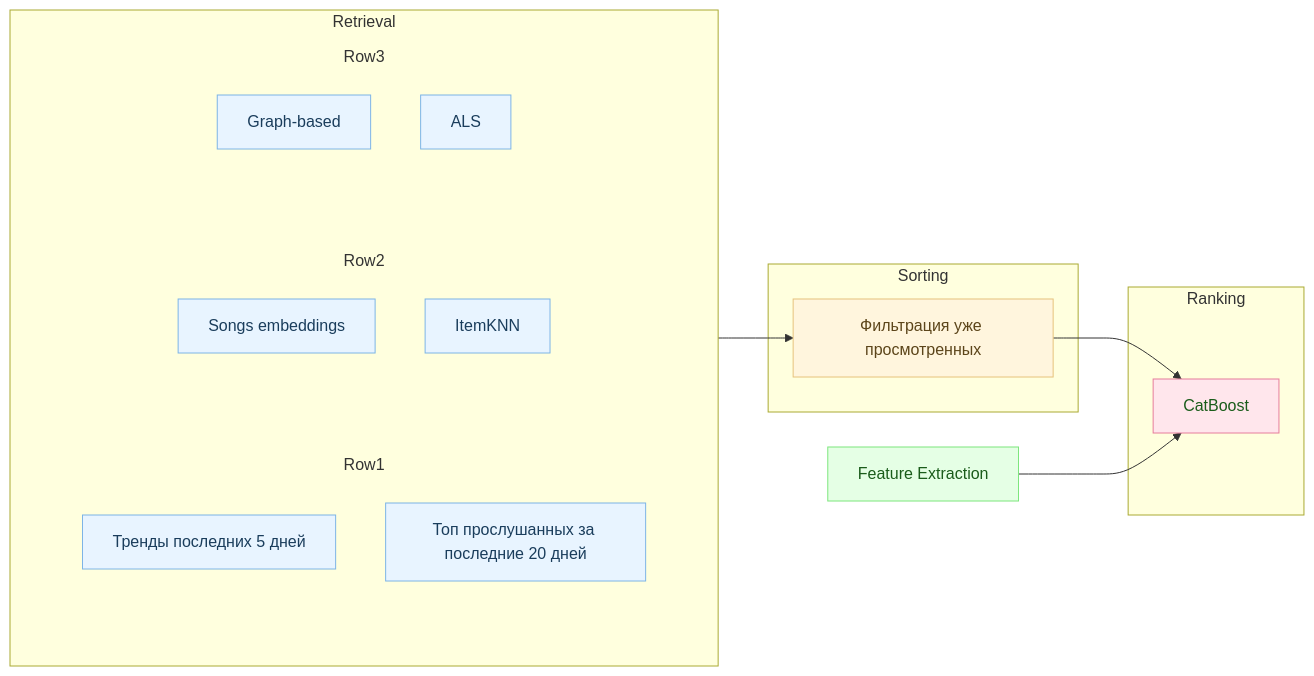
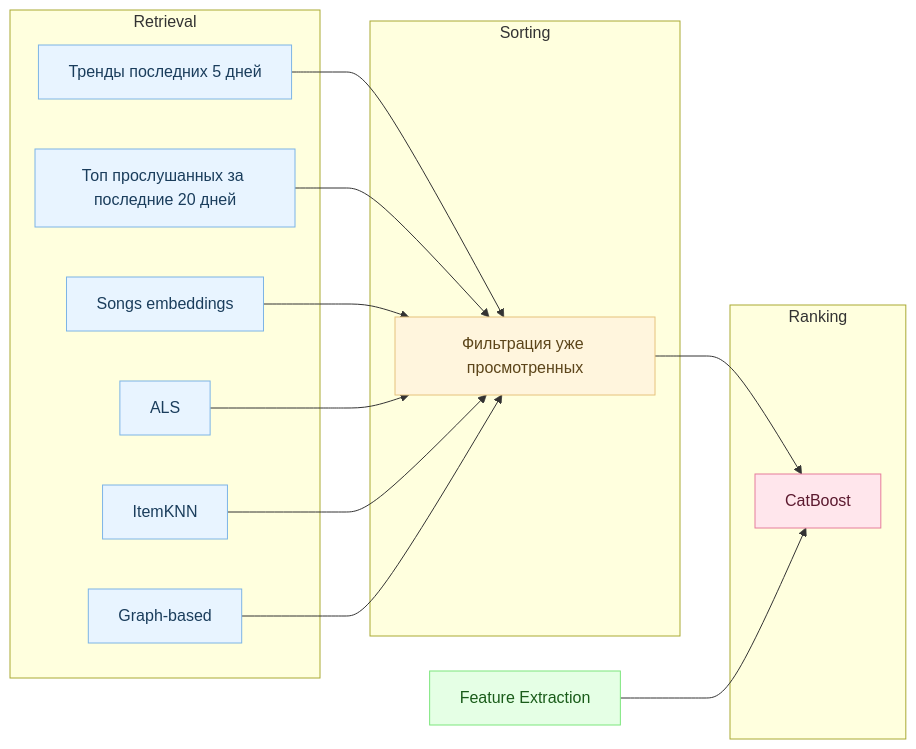
One commit to Nastasy822/music-recommendation-experiments changed the second of 2 diagrams in README.md. Above: the diagram before and after it, drawn with Mermaid.

Commit message:
docs: add diagram of preprocessing

````diff
--- a/README.md
+++ b/README.md
@@ -237,58 +237,46 @@
 ```mermaid
 flowchart LR
 
     %% === Блоки пайплайна ===
     subgraph RETRIEVAL ["Retrieval"]
-        direction LR
-
-        subgraph Row1
-            direction TB
-            PopAll["Тренды последних 5 дней"]
-            PopUser["Топ прослушанных за последние 20 дней"]
-        end
-
-        subgraph Row2
-            direction TB
-            SIM["Songs embeddings"]
-            ITEMKNN["ItemKNN"]
-        end
-
-        subgraph Row3
-            direction TB
-            GRAPH["Graph-based"]
-            ALS["ALS"]
-        end
+        PopAll["Тренды последних 5 дней"]
+        PopUser["Топ прослушанных за последние 20 дней"]
+        SIM["Songs embeddings"]
+        ITEMKNN["ItemKNN"]
+        GRAPH["Graph-based"]
+        ALS["ALS"]
     end
 
     subgraph SORTING ["Sorting"]
         FILTER["Фильтрация уже просмотренных"]
     end
 
     subgraph RANKING ["Ranking"]
         RANK["CatBoost"]
     end
 
-    %% === Feature Extraction ===
+    %% === Отдельный нижний блок Feature Extraction ===
     FEATS["Feature Extraction"]
 
-    %% === Потоки ===
-    RETRIEVAL --> FILTER
+    %% === Потоки данных ===
+    PopAll --> FILTER
+    PopUser --> FILTER
+    SIM --> FILTER
+    ALS --> FILTER
+    ITEMKNN --> FILTER
+    GRAPH --> FILTER
+
     FILTER --> RANK
     FEATS --> RANK
 
-    %% === Стили ===
+    %% === Цветовые стили ===
     classDef retrieval fill:#e8f4ff,stroke:#7db4e6,color:#1a3d5c;
     classDef sorting fill:#fff5dd,stroke:#e6c27d,color:#5c451a;
-    classDef ranking fill:#ffe6ec,stroke:#e67d9c,color:#1a5c1a;
+    classDef ranking fill:#ffe6ec,stroke:#e67d9c,color:#5c1a2f;
     classDef features fill:#e5ffe5,stroke:#7de67d,color:#1a5c1a;
 
     class PopAll,PopUser,SIM,ALS,ITEMKNN,GRAPH retrieval;
     class FILTER sorting;
     class RANK ranking;
     class FEATS features;
-
-    %% === Скрываем рамки Row1 / Row2 / Row3 ===
-    style Row1 fill:transparent,stroke-width:0
-    style Row2 fill:transparent,stroke-width:0
-    style Row3 fill:transparent,stroke-width:0
 ```
````
